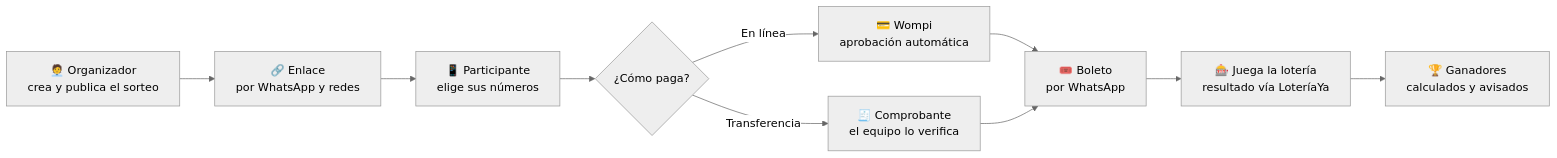
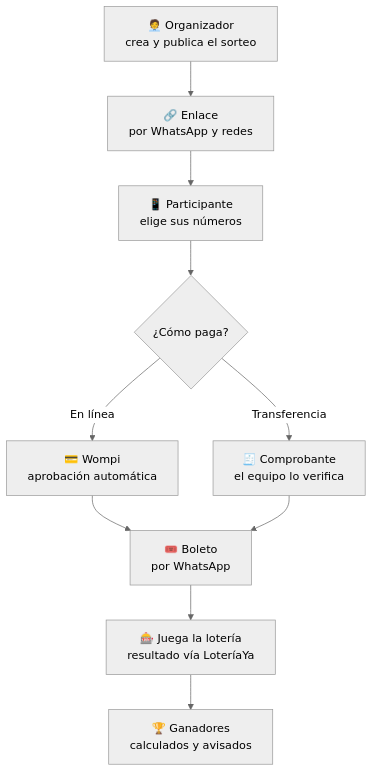
The first of 2 diagrams in README.md (Jaider45/RifaStar), drawn with Mermaid (neutral theme) before and after one commit. The commit also changed other lines of this file and 1 other file, not shown here.

````diff
--- a/README.md
+++ b/README.md
@@ -173,12 +177,12 @@
 ```mermaid
-flowchart LR
+flowchart TD
     A["🧑‍💼 Organizador<br/>crea y publica el sorteo"] --> B["🔗 Enlace<br/>por WhatsApp y redes"]
     B --> C["📱 Participante<br/>elige sus números"]
     C --> D{"¿Cómo paga?"}
     D -- "En línea" --> E["💳 Wompi<br/>aprobación automática"]
     D -- "Transferencia" --> F["🧾 Comprobante<br/>el equipo lo verifica"]
     E --> G["🎟️ Boleto<br/>por WhatsApp"]
     F --> G
     G --> H["🎰 Juega la lotería<br/>resultado vía LoteríaYa"]
     H --> I["🏆 Ganadores<br/>calculados y avisados"]
 ```
````
